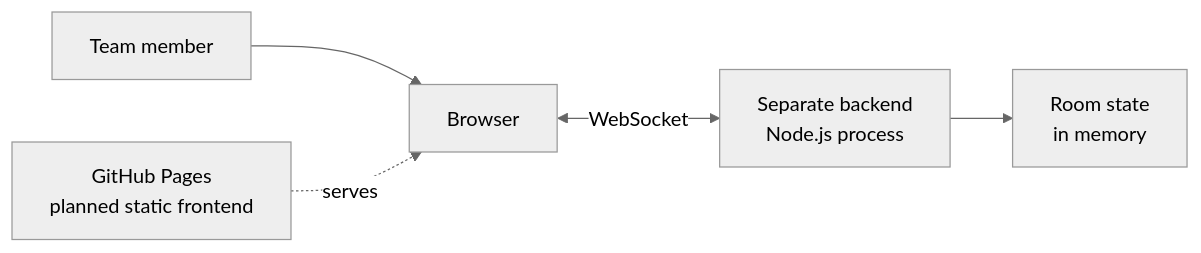
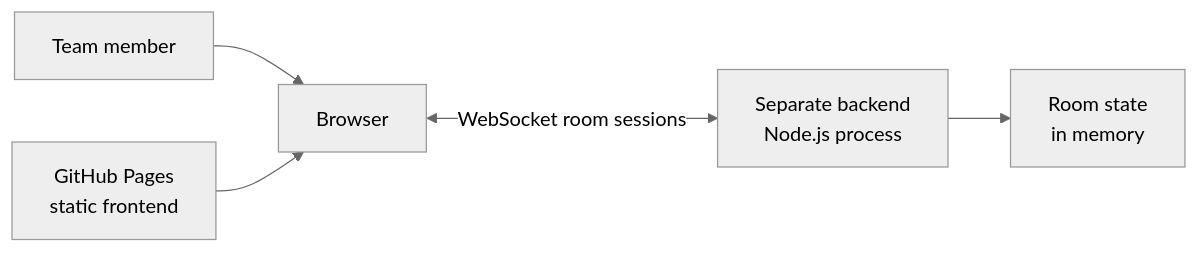
One commit to AI-Assisted-Coding-Training/ai-assisted-training-london-RAM changed the diagram in docs/system-design.md. Above: the diagram before and after it, drawn with Mermaid (neutral theme). The commit also changed other lines of this file and 4 other files, not shown here.

````diff
--- a/docs/system-design.md
+++ b/docs/system-design.md
@@ -7,7 +8,7 @@
 ```mermaid
 flowchart LR
     User[Team member] --> Browser[Browser]
-    Pages[GitHub Pages<br/>planned static frontend] -. serves .-> Browser
-    Browser <-->|WebSocket| Backend[Separate backend<br/>Node.js process]
+    Pages[GitHub Pages<br/>static frontend] --> Browser
+    Browser <-->|WebSocket room sessions| Backend[Separate backend<br/>Node.js process]
     Backend --> State[Room state<br/>in memory]
 ```
````
